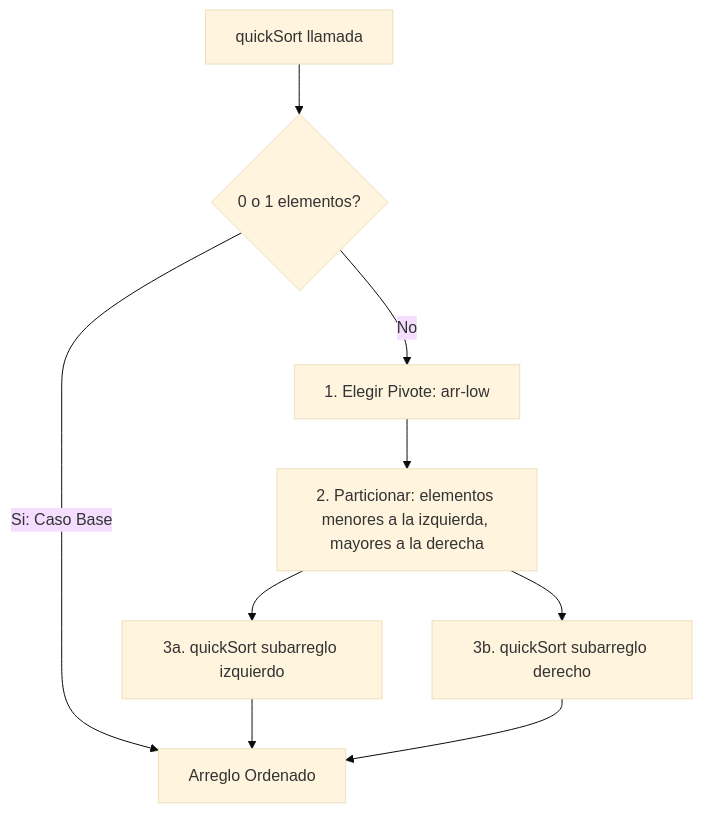
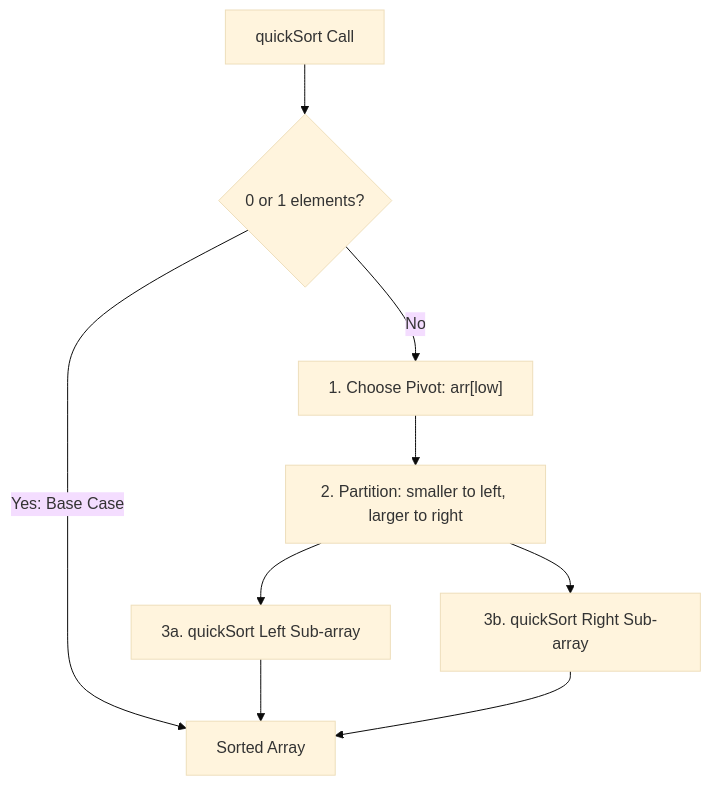
Before and after one commit to MiniLux0/LearningCpp: the first of 3 diagrams in 05_RecursionAlgorithms/theory/L38_QuickSort.md, drawn with Mermaid (base theme). The commit also changed 13 other files, not shown here.

Commit message:
Refactor Section 05: English translation & programmatic SVG algorithmic diagrams

````diff
--- a/05_RecursionAlgorithms/theory/L38_QuickSort.md
+++ b/05_RecursionAlgorithms/theory/L38_QuickSort.md
@@ -47,19 +47,19 @@
 ```mermaid
 graph TD
-    START["quickSort llamada"]
-    CB{"0 o 1 elementos?"}
-    PIVOT["1. Elegir Pivote: arr-low"]
-    PART["2. Particionar: elementos menores a la izquierda, mayores a la derecha"]
-    RECL["3a. quickSort subarreglo izquierdo"]
-    RECR["3b. quickSort subarreglo derecho"]
-    DONE["Arreglo Ordenado"]
+    START["quickSort Call"]
+    CB{"0 or 1 elements?"}
+    PIVOT["1. Choose Pivot: arr[low]"]
+    PART["2. Partition: smaller to left, larger to right"]
+    RECL["3a. quickSort Left Sub-array"]
+    RECR["3b. quickSort Right Sub-array"]
+    DONE["Sorted Array"]
 
     START --> CB
-    CB -->|"Si: Caso Base"| DONE
+    CB -->|"Yes: Base Case"| DONE
     CB -->|"No"| PIVOT
     PIVOT --> PART
     PART --> RECL
     PART --> RECR
     RECL --> DONE
     RECR --> DONE
 ```
````
